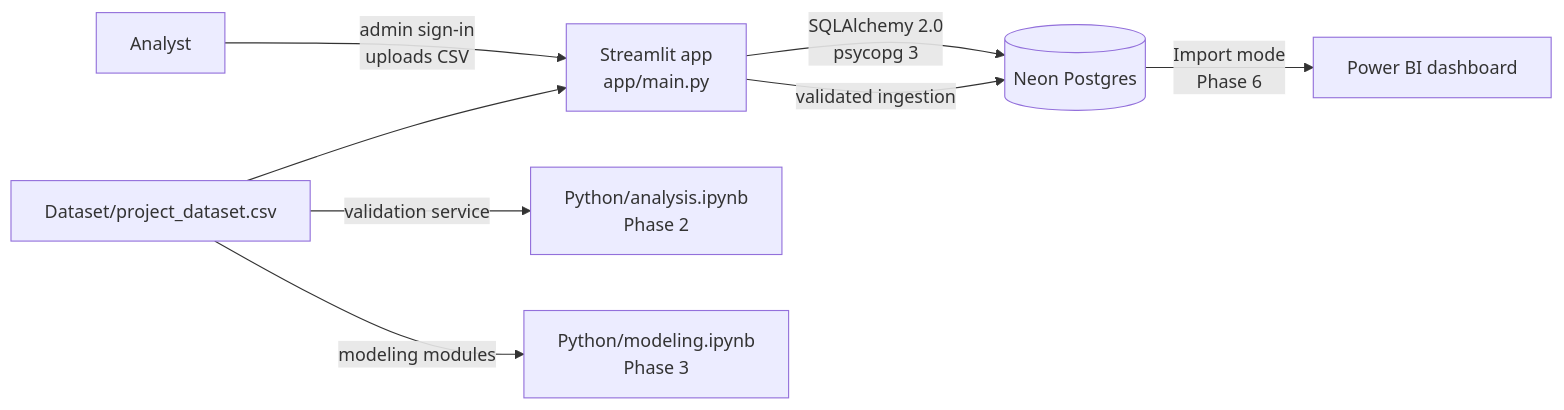
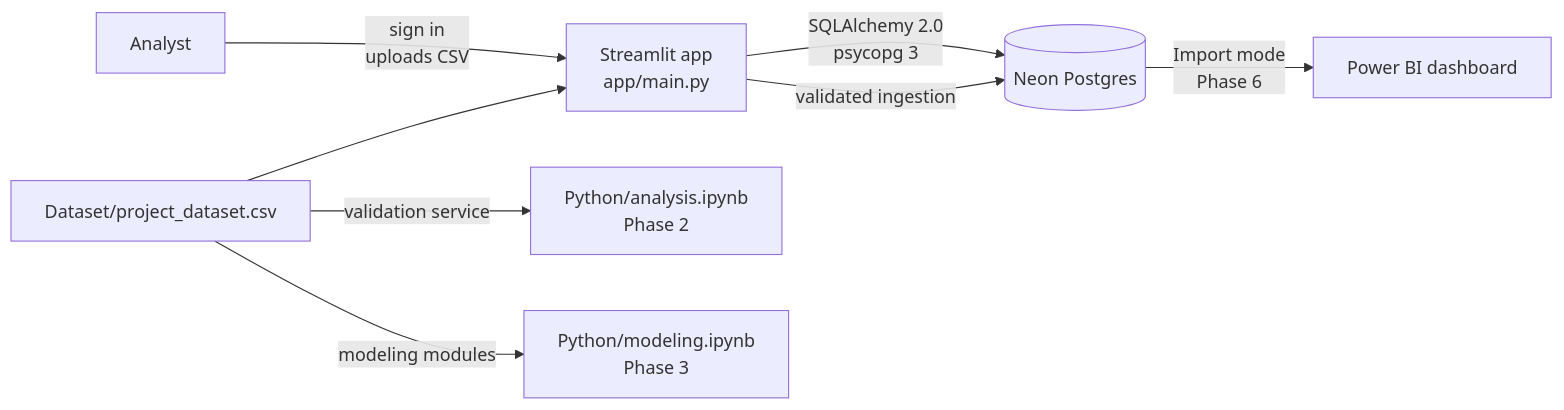
Before and after one commit to theliteraturepaul/cronus: the diagram in GitHub/README.md, drawn with Mermaid. The commit also changed other lines of this file and 42 other files, not shown here.

Commit message:
feat: refresh ChurnLab UI and access flows

````diff
--- a/GitHub/README.md
+++ b/GitHub/README.md
@@ -89,10 +95,10 @@
 ```mermaid
 flowchart LR
-    analyst[Analyst] -->|admin sign-in<br/>uploads CSV| streamlit[Streamlit app<br/>app/main.py]
+    analyst[Analyst] -->|sign in<br/>uploads CSV| streamlit[Streamlit app<br/>app/main.py]
     csv[Dataset/project_dataset.csv] --> streamlit
     csv -->|validation service| notebook[Python/analysis.ipynb<br/>Phase 2]
     csv -->|modeling modules| modeling[Python/modeling.ipynb<br/>Phase 3]
     streamlit -->|SQLAlchemy 2.0<br/>psycopg 3| neon[(Neon Postgres)]
     neon -->|Import mode<br/>Phase 6| powerbi[Power BI dashboard]
     streamlit -->|validated ingestion| neon
 ```
````
